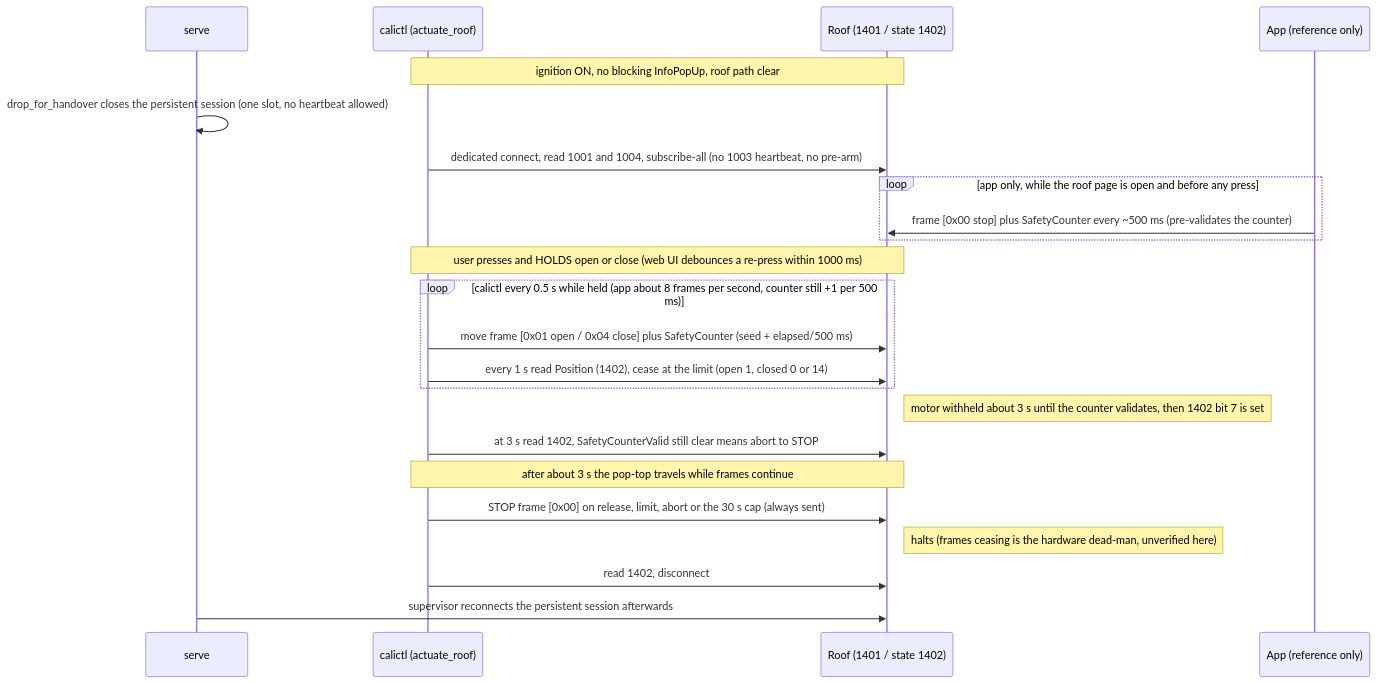
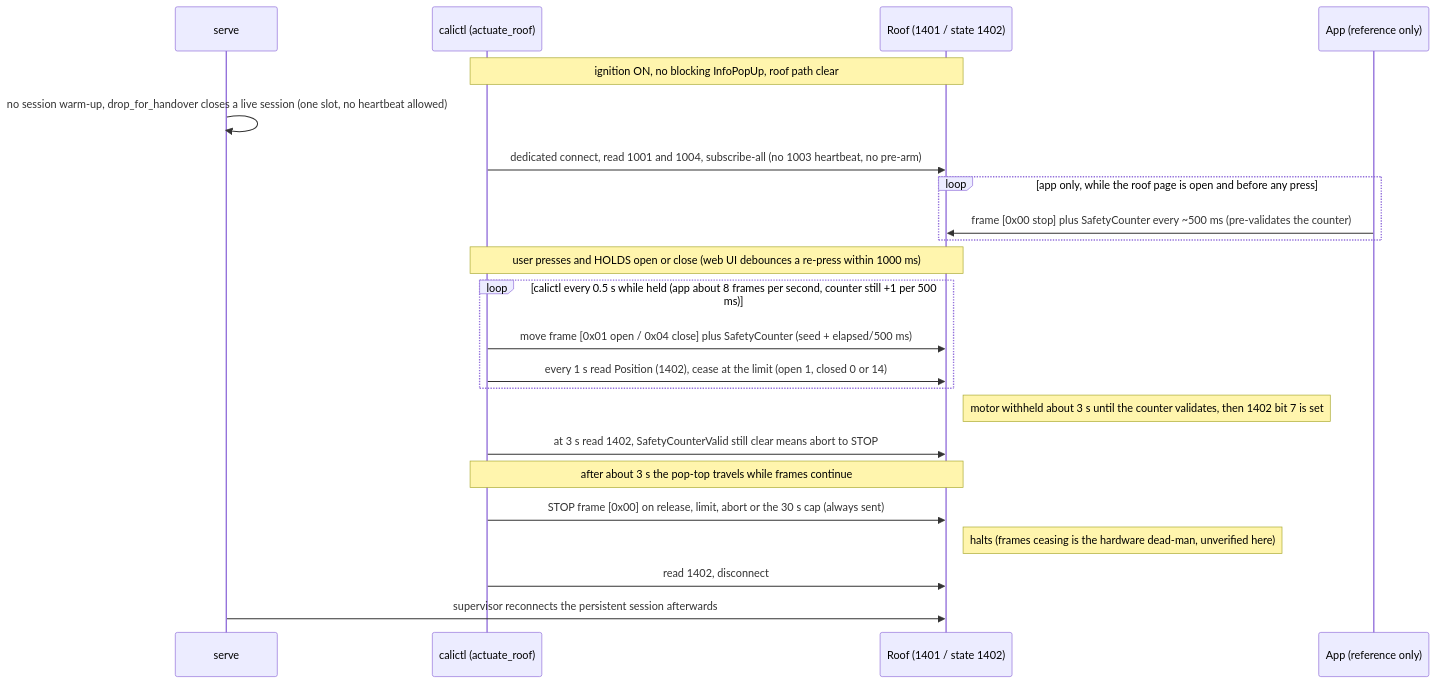
Before and after one commit to ckeller42/open-california: the seventh of 10 diagrams in docs/protocol-sequences.rst, drawn with Mermaid. The commit also changed other lines of this file and 11 other files, not shown here.

First line of the commit message:
roof: skip the wasted session warm-up; mock lights without the heartbeat; drop unused status (#203)

```diff
--- a/docs/protocol-sequences.rst
+++ b/docs/protocol-sequences.rst
@@ -554,25 +558,25 @@
 .. mermaid::
 
     sequenceDiagram
         participant S as serve
         participant C as calictl (actuate_roof)
         participant U as Roof (1401 / state 1402)
         participant A as App (reference only)
         Note over C,U: ignition ON, no blocking InfoPopUp, roof path clear
-        S->>S: drop_for_handover closes the persistent session (one slot, no heartbeat allowed)
+        S->>S: no session warm-up, drop_for_handover closes a live session (one slot, no heartbeat allowed)
         C->>U: dedicated connect, read 1001 and 1004, subscribe-all (no 1003 heartbeat, no pre-arm)
         loop app only, while the roof page is open and before any press
             A->>U: frame [0x00 stop] plus SafetyCounter every ~500 ms (pre-validates the counter)
         end
         Note over C,U: user presses and HOLDS open or close (web UI debounces a re-press within 1000 ms)
         loop calictl every 0.5 s while held (app about 8 frames per second, counter still +1 per 500 ms)
             C->>U: move frame [0x01 open / 0x04 close] plus SafetyCounter (seed + elapsed/500 ms)
             C->>U: every 1 s read Position (1402), cease at the limit (open 1, closed 0 or 14)
         end
         Note right of U: motor withheld about 3 s until the counter validates, then 1402 bit 7 is set
         C->>U: at 3 s read 1402, SafetyCounterValid still clear means abort to STOP
         Note over C,U: after about 3 s the pop-top travels while frames continue
         C->>U: STOP frame [0x00] on release, limit, abort or the 30 s cap (always sent)
         Note right of U: halts (frames ceasing is the hardware dead-man, unverified here)
         C->>U: read 1402, disconnect
         S->>U: supervisor reconnects the persistent session afterwards
```
